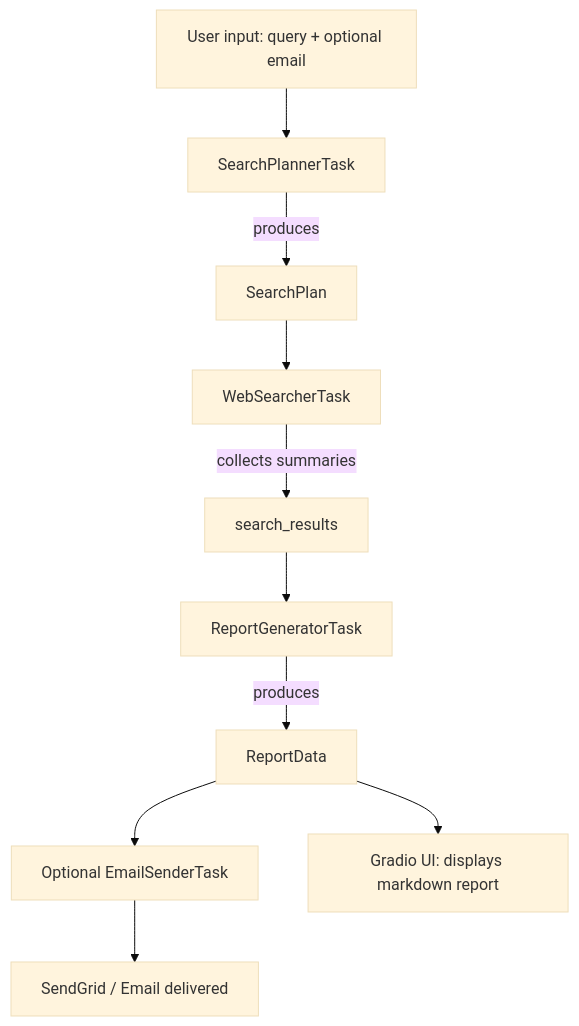
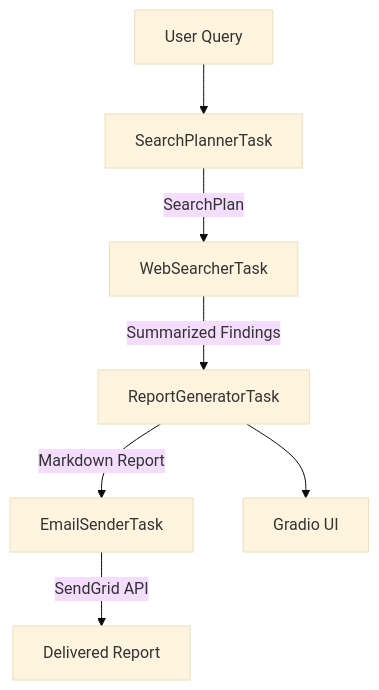
The diagram in README.md (Antonio-Jr/financial-research-agent), drawn with Mermaid (base theme) before and after one commit. The commit also changed other lines of this file and 1 other file, not shown here.

````diff
--- a/README.md
+++ b/README.md
@@ -57,12 +36,9 @@
 ```mermaid
 flowchart TD
-  A[User input: query + optional email] --> B[SearchPlannerTask]
-  B -->|produces| C[SearchPlan]
-  C --> D[WebSearcherTask]
-  D -->|collects summaries| E[search_results]
-  E --> F[ReportGeneratorTask]
-  F -->|produces| G[ReportData]
-  G --> H[Optional EmailSenderTask]
-  H --> I[SendGrid / Email delivered]
-  G --> J[Gradio UI: displays markdown report]
+  A[User Query] --> B[SearchPlannerTask]
+  B -->|SearchPlan| C[WebSearcherTask]
+  C -->|Summarized Findings| D[ReportGeneratorTask]
+  D -->|Markdown Report| E[EmailSenderTask]
+  E -->|SendGrid API| F[Delivered Report]
+  D --> G[Gradio UI]
 ```
````
